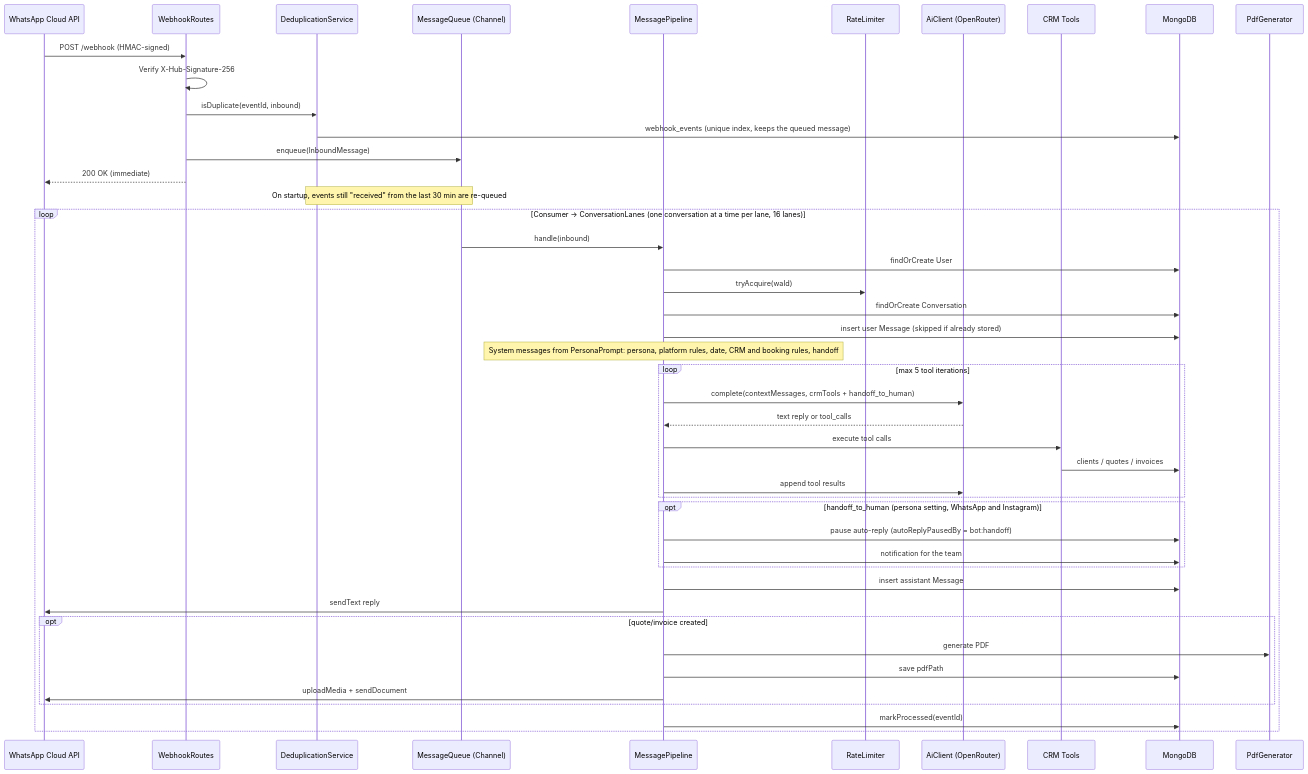
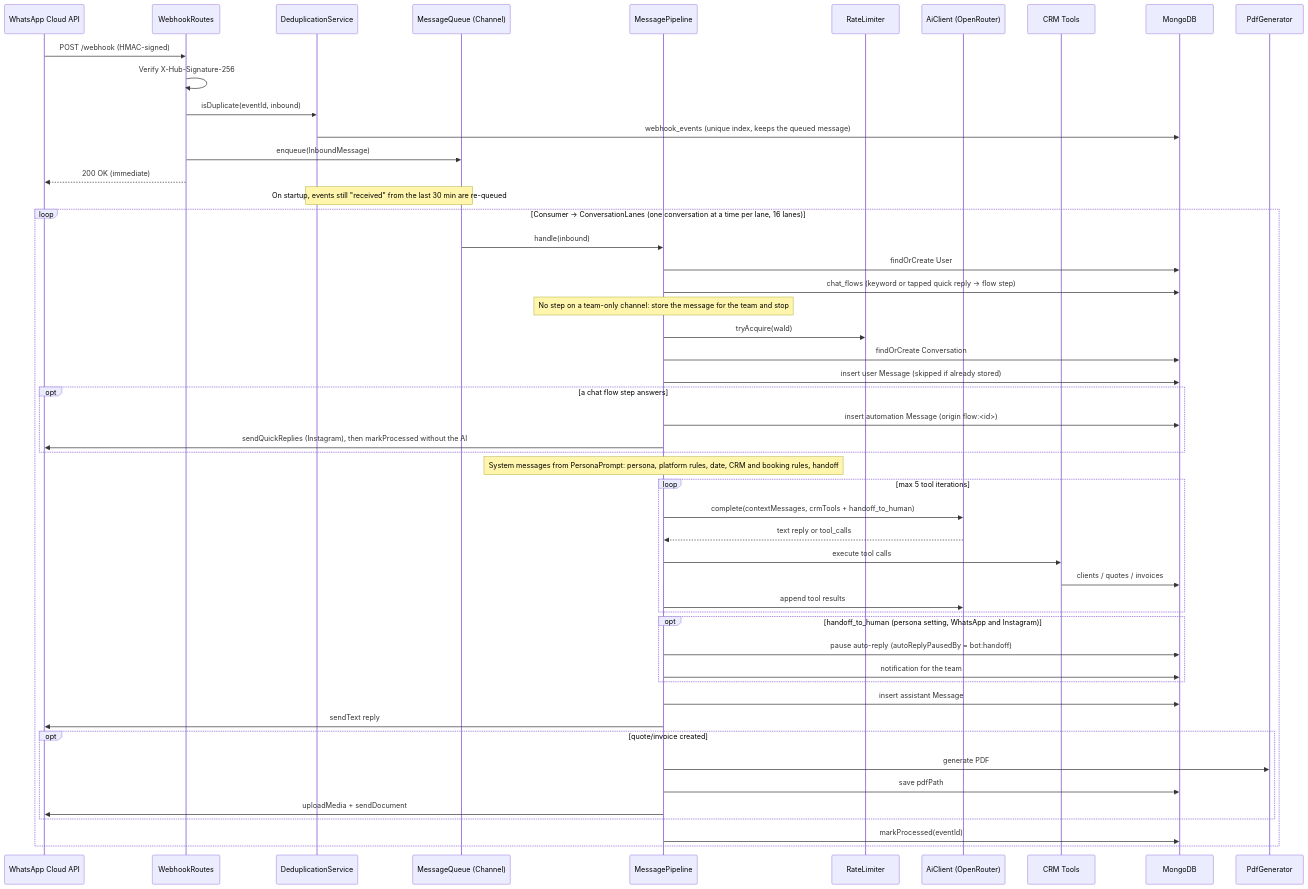
The first of 18 diagrams in docs/architecture.md (rfm-9300/rfm-edubot), drawn with Mermaid before and after one commit. The commit also changed other lines of this file and 3 other files, not shown here.

Commit message:
Document chat flows: routing, limits and the hand-written document

````diff
--- a/docs/architecture.md
+++ b/docs/architecture.md
@@ -9,49 +9,55 @@
 ```mermaid
 sequenceDiagram
     participant WA as WhatsApp Cloud API
     participant W as WebhookRoutes
     participant D as DeduplicationService
     participant Q as MessageQueue (Channel)
     participant P as MessagePipeline
     participant R as RateLimiter
     participant AI as AiClient (OpenRouter)
     participant CRM as CRM Tools
     participant DB as MongoDB
     participant PDF as PdfGenerator
 
     WA->>W: POST /webhook (HMAC-signed)
     W->>W: Verify X-Hub-Signature-256
     W->>D: isDuplicate(eventId, inbound)
     D->>DB: webhook_events (unique index, keeps the queued message)
     W->>Q: enqueue(InboundMessage)
     W-->>WA: 200 OK (immediate)
     Note over D,Q: On startup, events still "received" from the last 30 min are re-queued
 
     loop Consumer → ConversationLanes (one conversation at a time per lane, 16 lanes)
         Q->>P: handle(inbound)
         P->>DB: findOrCreate User
+        P->>DB: chat_flows (keyword or tapped quick reply → flow step)
+        Note over P: No step on a team-only channel: store the message for the team and stop
         P->>R: tryAcquire(waId)
         P->>DB: findOrCreate Conversation
         P->>DB: insert user Message (skipped if already stored)
+        opt a chat flow step answers
+            P->>DB: insert automation Message (origin flow:<id>)
+            P->>WA: sendQuickReplies (Instagram), then markProcessed without the AI
+        end
         Note over P: System messages from PersonaPrompt: persona, platform rules, date, CRM and booking rules, handoff
         loop max 5 tool iterations
             P->>AI: complete(contextMessages, crmTools + handoff_to_human)
             AI-->>P: text reply or tool_calls
             P->>CRM: execute tool calls
             CRM->>DB: clients / quotes / invoices
             P->>AI: append tool results
         end
         opt handoff_to_human (persona setting, WhatsApp and Instagram)
             P->>DB: pause auto-reply (autoReplyPausedBy = bot:handoff)
             P->>DB: notification for the team
         end
         P->>DB: insert assistant Message
         P->>WA: sendText reply
         opt quote/invoice created
             P->>PDF: generate PDF
             P->>DB: save pdfPath
             P->>WA: uploadMedia + sendDocument
         end
         P->>DB: markProcessed(eventId)
     end
 ```
````
